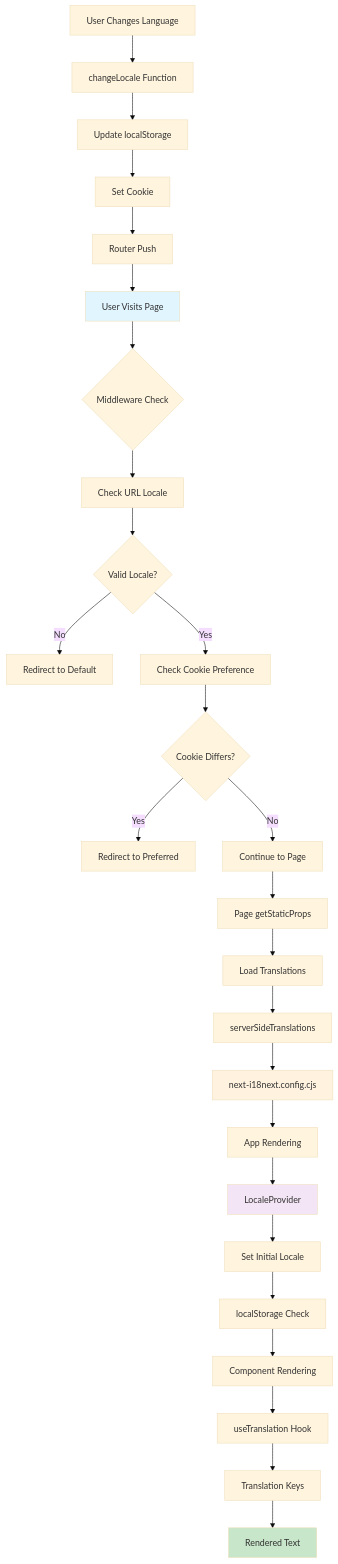
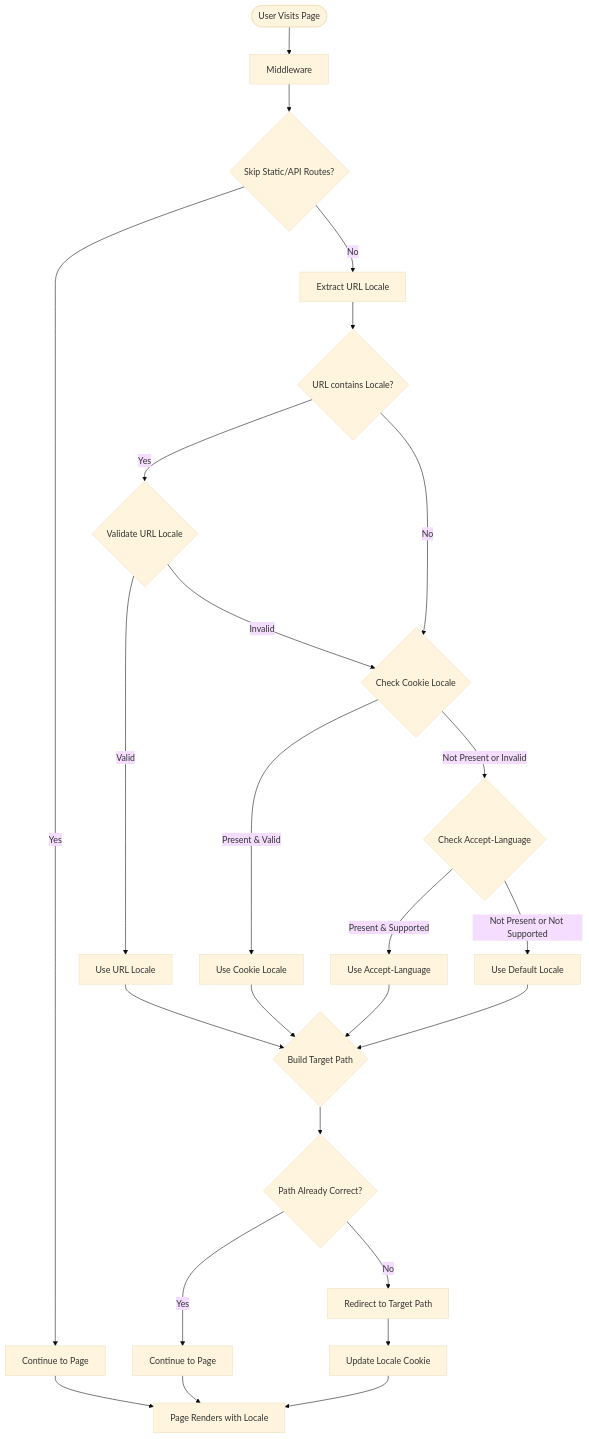
The diagram in docs/features/i18n-implementation.md (ekoindia/wlc-webapp), drawn with Mermaid (base theme) before and after one commit. The commit also changed other lines of this file, not shown here.

Commit message:
docs: update i18n implementation document with revised code flow diagram and architecture overview

````diff
--- a/docs/features/i18n-implementation.md
+++ b/docs/features/i18n-implementation.md
@@ -6,37 +6,27 @@
 ```mermaid
 graph TD
-    A[User Visits Page] --> B{Middleware Check}
-    B --> C[Check URL Locale]
-    C --> D{Valid Locale?}
-    D -->|No| E[Redirect to Default]
-    D -->|Yes| F[Check Cookie Preference]
-    F --> G{Cookie Differs?}
-    G -->|Yes| H[Redirect to Preferred]
-    G -->|No| I[Continue to Page]
-    
-    I --> J[Page getStaticProps]
-    J --> K[Load Translations]
-    K --> L[serverSideTranslations]
-    L --> M[next-i18next.config.cjs]
-    
-    M --> N[App Rendering]
-    N --> O[LocaleProvider]
-    O --> P[Set Initial Locale]
-    P --> Q[localStorage Check]
-    Q --> R[Component Rendering]
-    
-    R --> S[useTranslation Hook]
-    S --> T[Translation Keys]
-    T --> U[Rendered Text]
-    
-    V[User Changes Language] --> W[changeLocale Function]
-    W --> X[Update localStorage]
-    X --> Y[Set Cookie]
-    Y --> Z[Router Push]
-    Z --> A
-    
-    style A fill:#e1f5fe
-    style U fill:#c8e6c9
-    style M fill:#fff3e0
-    style O fill:#f3e5f5
+    A([User Visits Page]) --> B[Middleware]
+    B --> C{Skip Static/API Routes?}
+    C --> |Yes| Z[Continue to Page]
+    C --> |No| D[Extract URL Locale]
+    D --> E{URL contains Locale?}
+    E --> |Yes| F{Validate URL Locale}
+    E --> |No| G{Check Cookie Locale}
+    F --> |Valid| H[Use URL Locale]
+    F --> |Invalid| G
+    G --> |Present & Valid| I[Use Cookie Locale]
+    G --> |Not Present or Invalid| J{Check Accept-Language}
+    J --> |Present & Supported| K[Use Accept-Language]
+    J --> |Not Present or Not Supported| L[Use Default Locale]
+    H --> M{Build Target Path}
+    I --> M
+    K --> M
+    L --> M
+    M --> N{Path Already Correct?}
+    N --> |Yes| O[Continue to Page]
+    N --> |No| P[Redirect to Target Path]
+    P --> Q[Update Locale Cookie]
+    O --> R[Page Renders with Locale]
+    Q --> R
+    Z --> R
 ```
````
